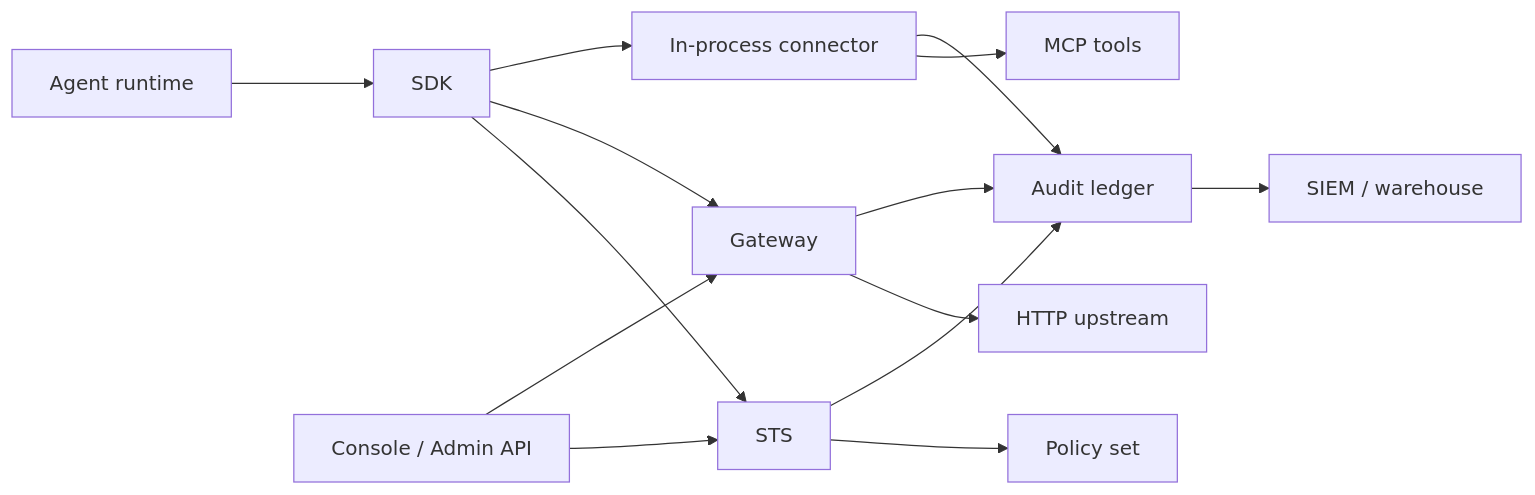
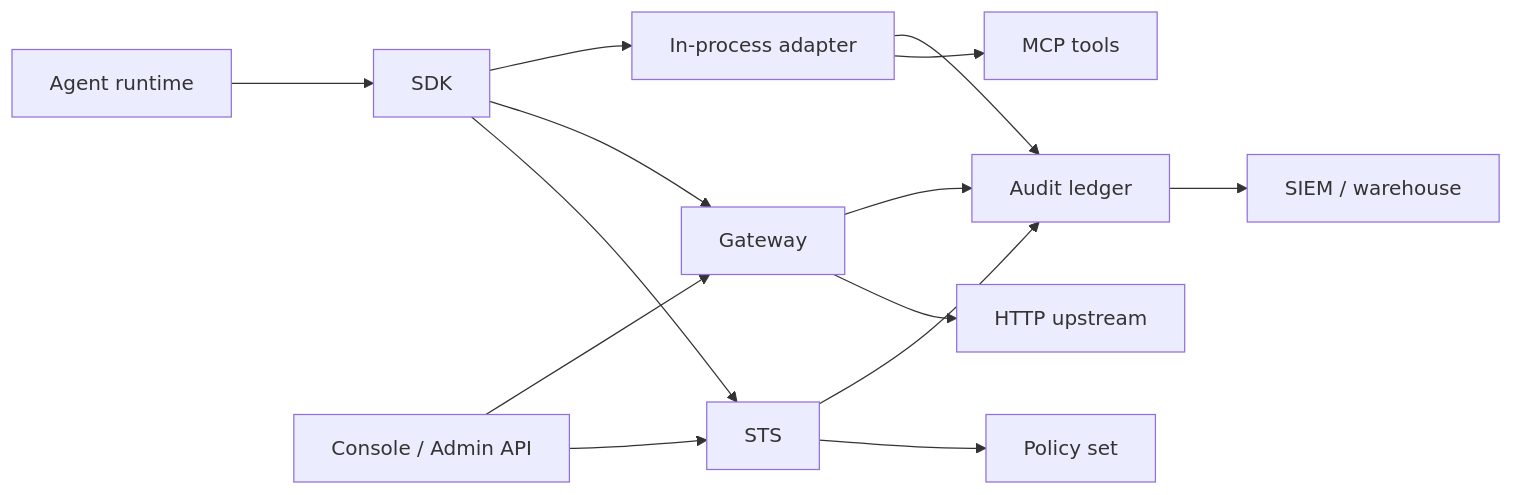
One commit to Garudex-Labs/caracal changed the diagram in docs/src/content/docs/guides/enterprise-runtime-patterns.mdx. Above: the diagram before and after it, drawn with Mermaid. The commit also changed other lines of this file and 7 other files, not shown here.

Commit message:
refactor: update documentation to replace 'connector' with 'adapter' terminology across multiple guides feat: add Redis-backed revocation store package with metadata

````diff
--- a/docs/src/content/docs/guides/enterprise-runtime-patterns.mdx
+++ b/docs/src/content/docs/guides/enterprise-runtime-patterns.mdx
@@ -20,16 +20,16 @@
 ```mermaid
 flowchart LR
   Agent["Agent runtime"] --> SDK["SDK"]
   SDK --> STS["STS"]
   STS --> OPA["Policy set"]
   SDK --> Gateway["Gateway"]
   Gateway --> API["HTTP upstream"]
-  SDK --> Connector["In-process connector"]
+  SDK --> Connector["In-process adapter"]
   Connector --> MCP["MCP tools"]
   STS --> Audit["Audit ledger"]
   Gateway --> Audit
   Connector --> Audit
   Audit --> SIEM["SIEM / warehouse"]
   Control["Console / Admin API"] --> STS
   Control --> Gateway
 ```
````
